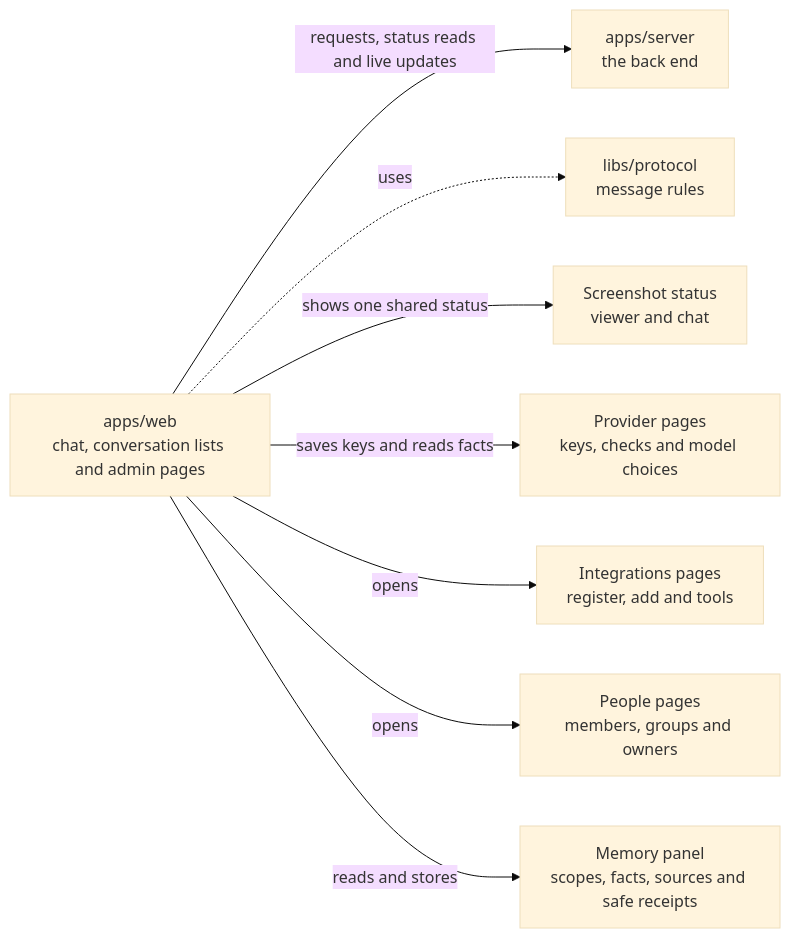
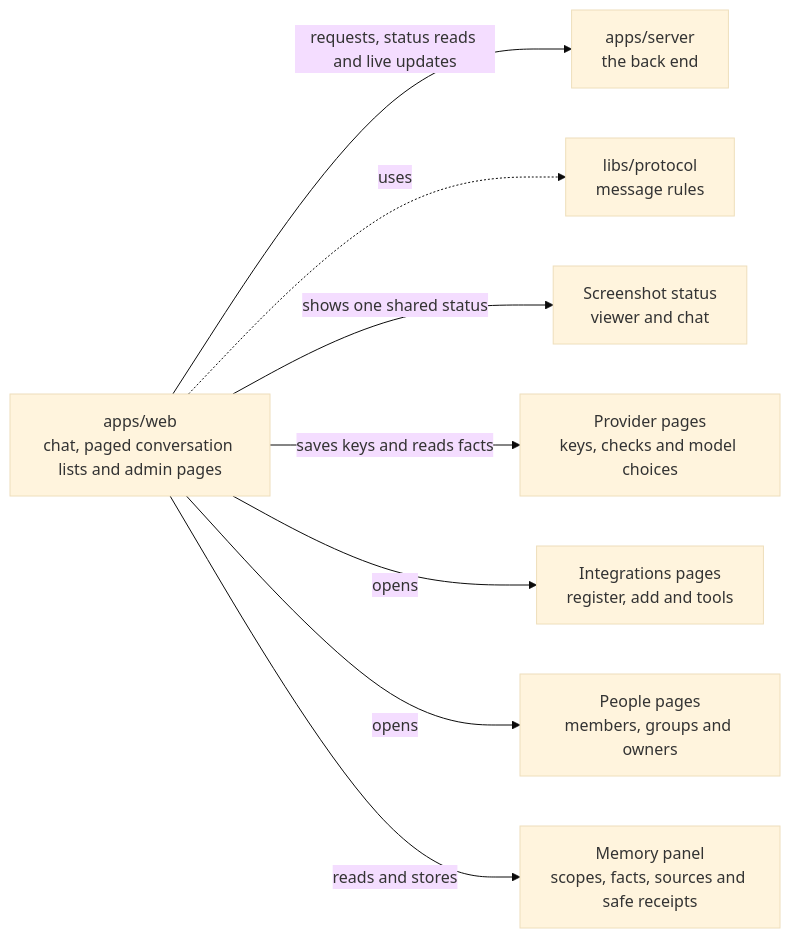
One commit to elewa-git/opencrane-new changed the diagram in apps/web/README.md. Above: the diagram before and after it, drawn with Mermaid (base theme). The commit also changed other lines of this file and 6 other files, not shown here.

````diff
--- a/apps/web/README.md
+++ b/apps/web/README.md
@@ -11,10 +11,10 @@
 ```mermaid
 flowchart LR
-  web["apps/web<br/>chat, conversation lists and admin pages"] -->|requests, status reads and live updates| server["apps/server<br/>the back end"]
+  web["apps/web<br/>chat, paged conversation lists and admin pages"] -->|requests, status reads and live updates| server["apps/server<br/>the back end"]
   web -.->|uses| protocol["libs/protocol<br/>message rules"]
   web -->|shows one shared status| capture["Screenshot status<br/>viewer and chat"]
   web -->|saves keys and reads facts| providers["Provider pages<br/>keys, checks and model choices"]
   web -->|opens| integrations["Integrations pages<br/>register, add and tools"]
   web -->|opens| people["People pages<br/>members, groups and owners"]
   web -->|reads and stores| memory["Memory panel<br/>scopes, facts, sources and safe receipts"]
 ```
````
